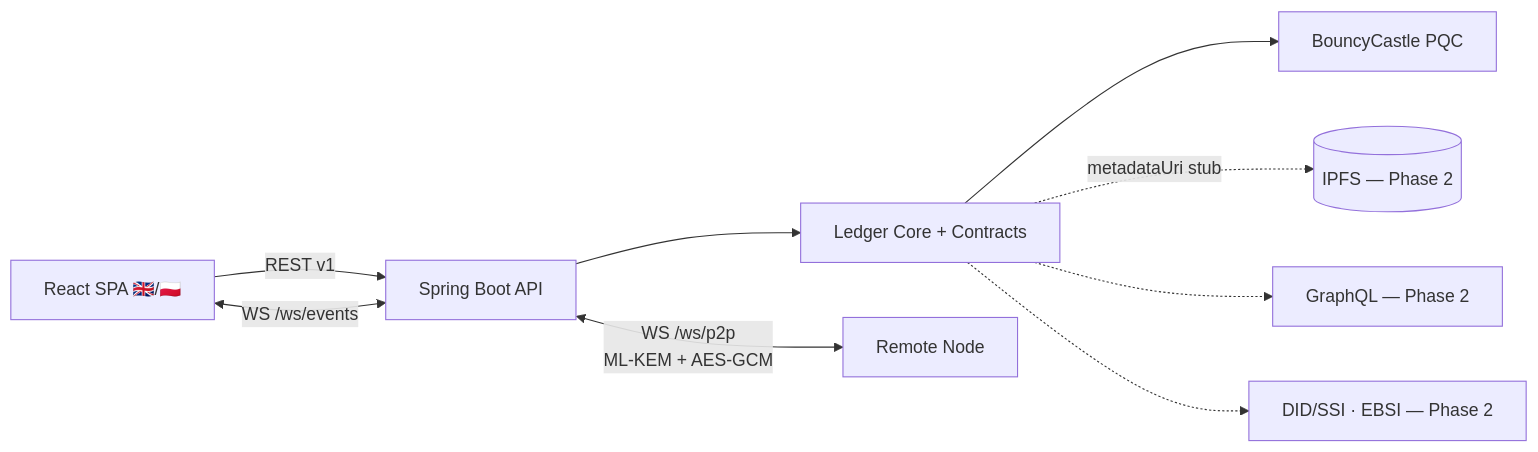
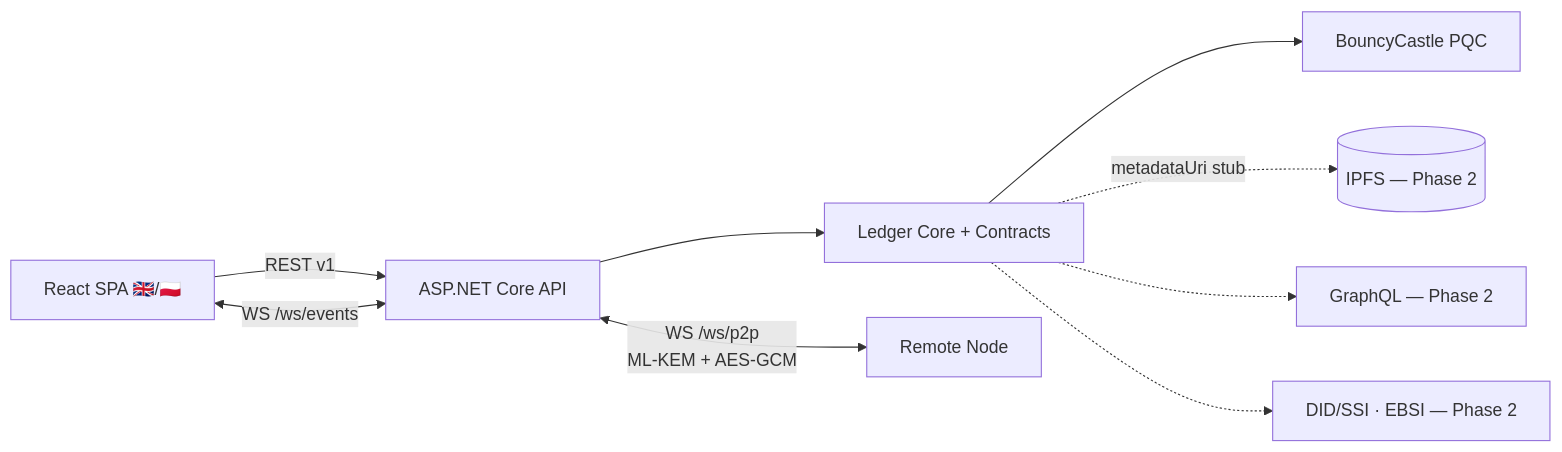
The diagram in app03_csharp_block/docs/sdlc/05-connectors-and-skills.md (hermesnauka/legal-blockchain-study), drawn with Mermaid before and after one commit. The commit also changed other lines of this file and 508 other files, not shown here.

````diff
--- a/app03_csharp_block/docs/sdlc/05-connectors-and-skills.md
+++ b/app03_csharp_block/docs/sdlc/05-connectors-and-skills.md
@@ -48,11 +48,11 @@
 ```mermaid
 flowchart LR
-    SPA[React SPA 🇬🇧/🇵🇱] -->|REST v1| API[Spring Boot API]
+    SPA[React SPA 🇬🇧/🇵🇱] -->|REST v1| API[ASP.NET Core API]
     SPA <-->|WS /ws/events| API
     API --> CORE[Ledger Core + Contracts]
     CORE --> BC[BouncyCastle PQC]
     API <-->|WS /ws/p2p<br/>ML-KEM + AES-GCM| PEER[Remote Node]
     CORE -.->|metadataUri stub| IPFS[(IPFS — Phase 2)]
     CORE -.-> GQL[GraphQL — Phase 2]
     CORE -.-> DID[DID/SSI · EBSI — Phase 2]
 ```
````
